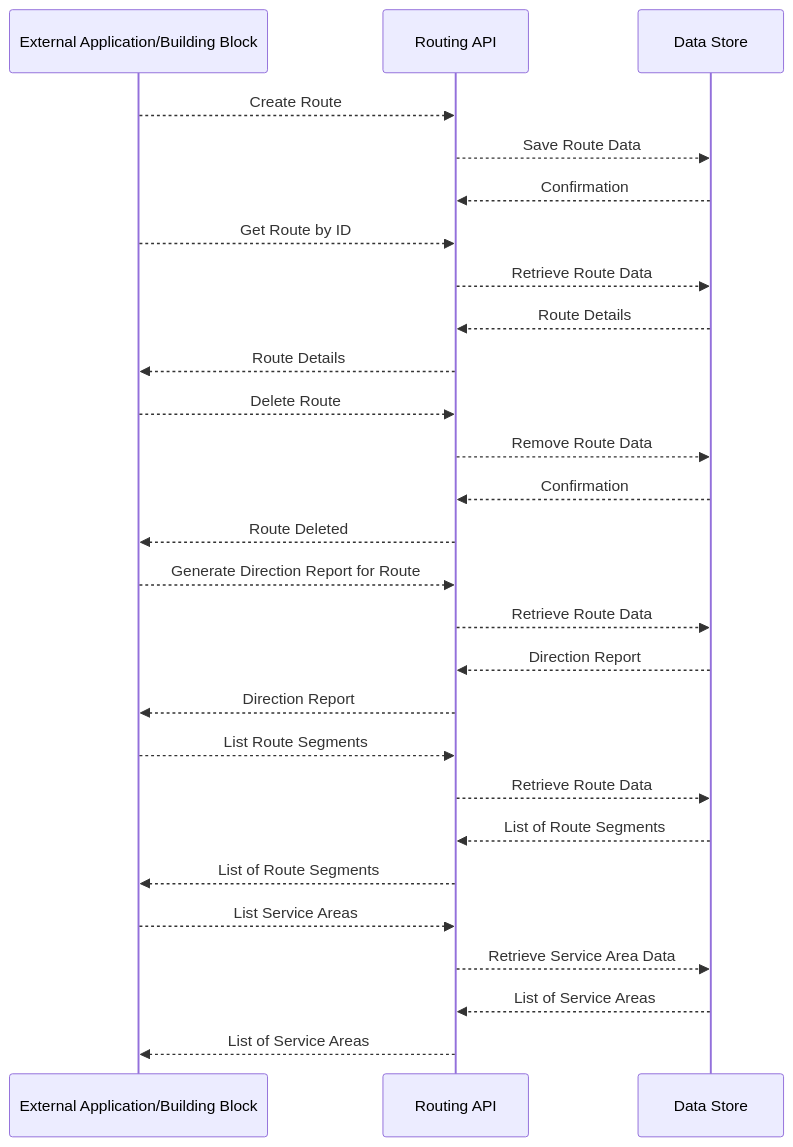
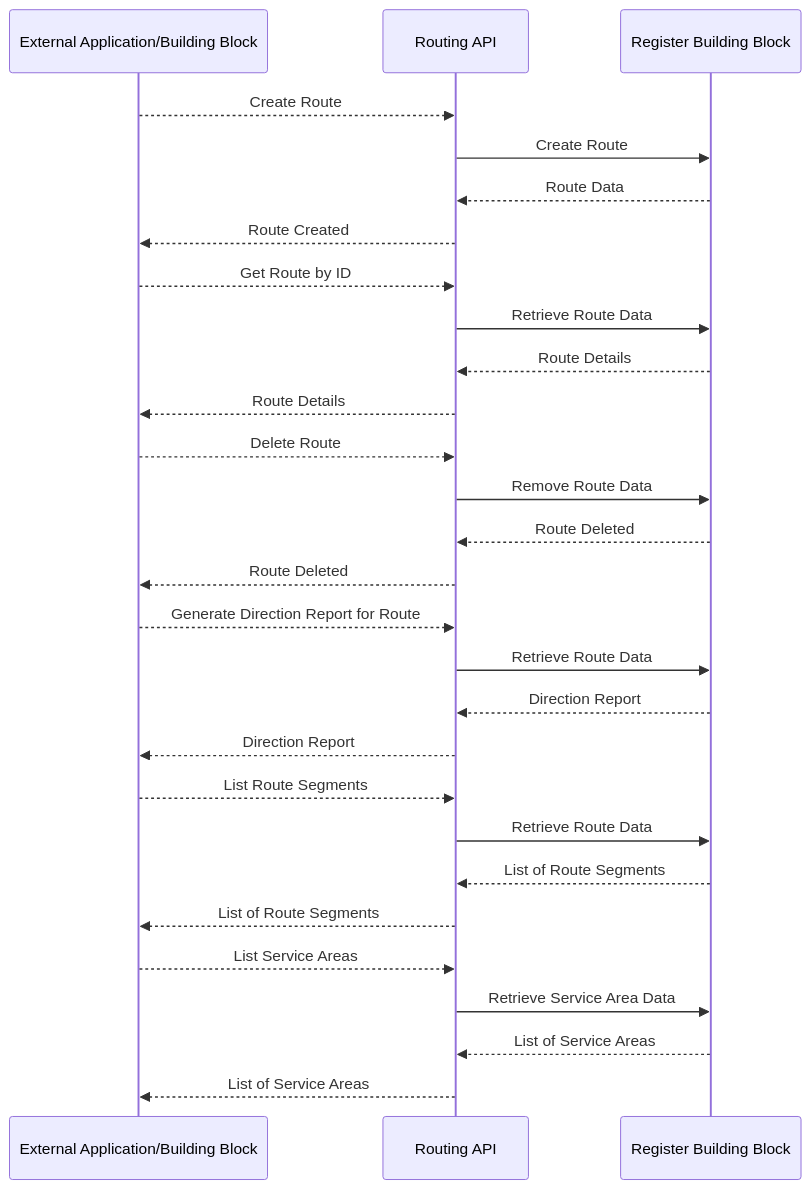
Diagram 17 of 18 in spec/9-workflows.md (GovStackWorkingGroup/bb-gis), drawn with Mermaid before and after one commit. The commit also changed other lines of this file and 20 other files, not shown here.

````diff
--- a/spec/9-workflows.md
+++ b/spec/9-workflows.md
@@ -735,36 +763,37 @@
 ```mermaid
 sequenceDiagram
   participant ExternalApp as External Application/Building Block
   participant API as Routing API
-  participant DataStore as Data Store
+  participant RegisterBB as Register Building Block
 
   ExternalApp-->>API: Create Route
-  API-->>DataStore: Save Route Data
-  DataStore-->>API: Confirmation
+  API->>RegisterBB: Create Route
+  RegisterBB-->>API: Route Data
+  API-->>ExternalApp: Route Created
 
   ExternalApp-->>API: Get Route by ID
-  API-->>DataStore: Retrieve Route Data
-  DataStore-->>API: Route Details
+  API->>RegisterBB: Retrieve Route Data
+  RegisterBB-->>API: Route Details
   API-->>ExternalApp: Route Details
 
   ExternalApp-->>API: Delete Route
-  API-->>DataStore: Remove Route Data
-  DataStore-->>API: Confirmation
+  API->>RegisterBB: Remove Route Data
+  RegisterBB-->>API: Route Deleted
   API-->>ExternalApp: Route Deleted
 
   ExternalApp-->>API: Generate Direction Report for Route
-  API-->>DataStore: Retrieve Route Data
-  DataStore-->>API: Direction Report
+  API->>RegisterBB: Retrieve Route Data
+  RegisterBB-->>API: Direction Report
   API-->>ExternalApp: Direction Report
 
   ExternalApp-->>API: List Route Segments
-  API-->>DataStore: Retrieve Route Data
-  DataStore-->>API: List of Route Segments
+  API->>RegisterBB: Retrieve Route Data
+  RegisterBB-->>API: List of Route Segments
   API-->>ExternalApp: List of Route Segments
 
   ExternalApp-->>API: List Service Areas
-  API-->>DataStore: Retrieve Service Area Data
-  DataStore-->>API: List of Service Areas
+  API->>RegisterBB: Retrieve Service Area Data
+  RegisterBB-->>API: List of Service Areas
   API-->>ExternalApp: List of Service Areas
 
 ```
````
